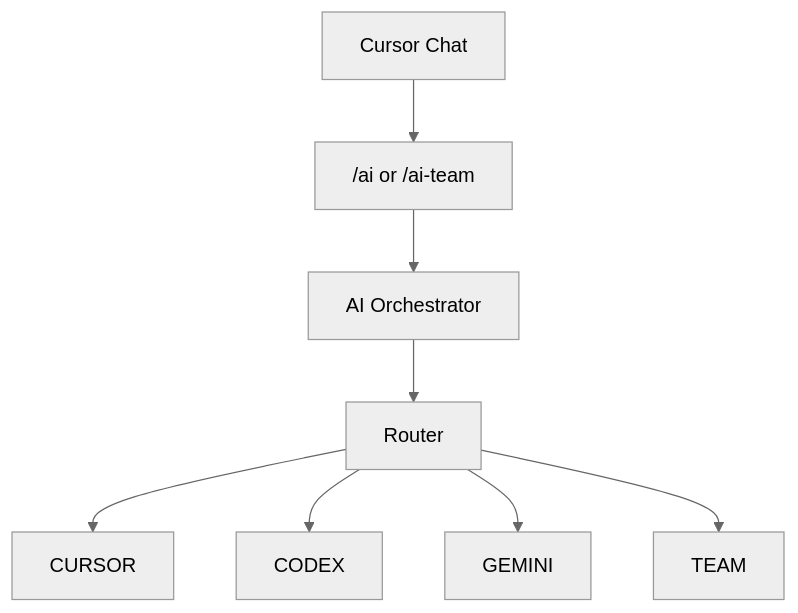
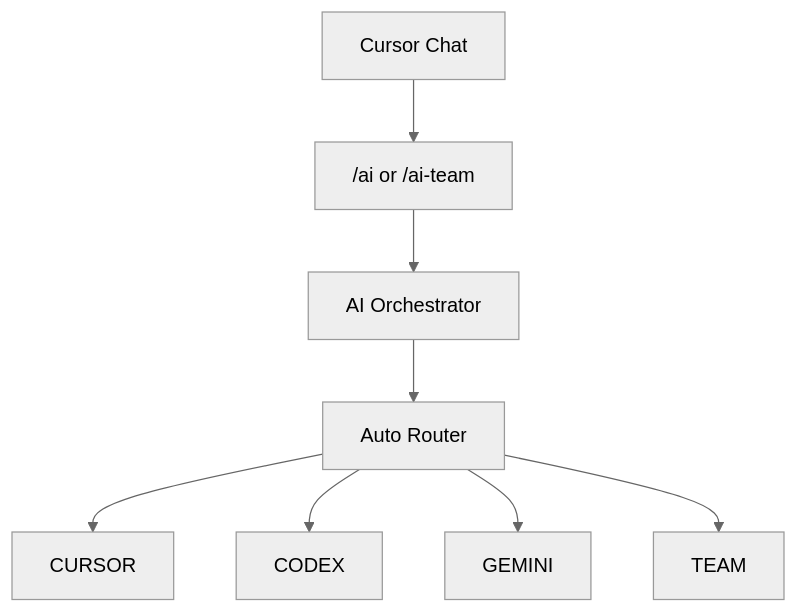
One commit to trisha918/multi-model-ai-orchestrator changed the diagram in README_FA.md. Above: the diagram before and after it, drawn with Mermaid (neutral theme). The commit also changed other lines of this file and 2 other files, not shown here.

````diff
--- a/README_FA.md
+++ b/README_FA.md
@@ -17,17 +16,17 @@
 ```mermaid
 flowchart TD
   chat[Cursor Chat]
   skill["/ai or /ai-team"]
   orch[AI Orchestrator]
-  router[Router]
+  router[Auto Router]
   cursor[CURSOR]
   codex[CODEX]
   gemini[GEMINI]
   team[TEAM]
 
   chat --> skill --> orch --> router
   router --> cursor
   router --> codex
   router --> gemini
   router --> team
 ```
````
